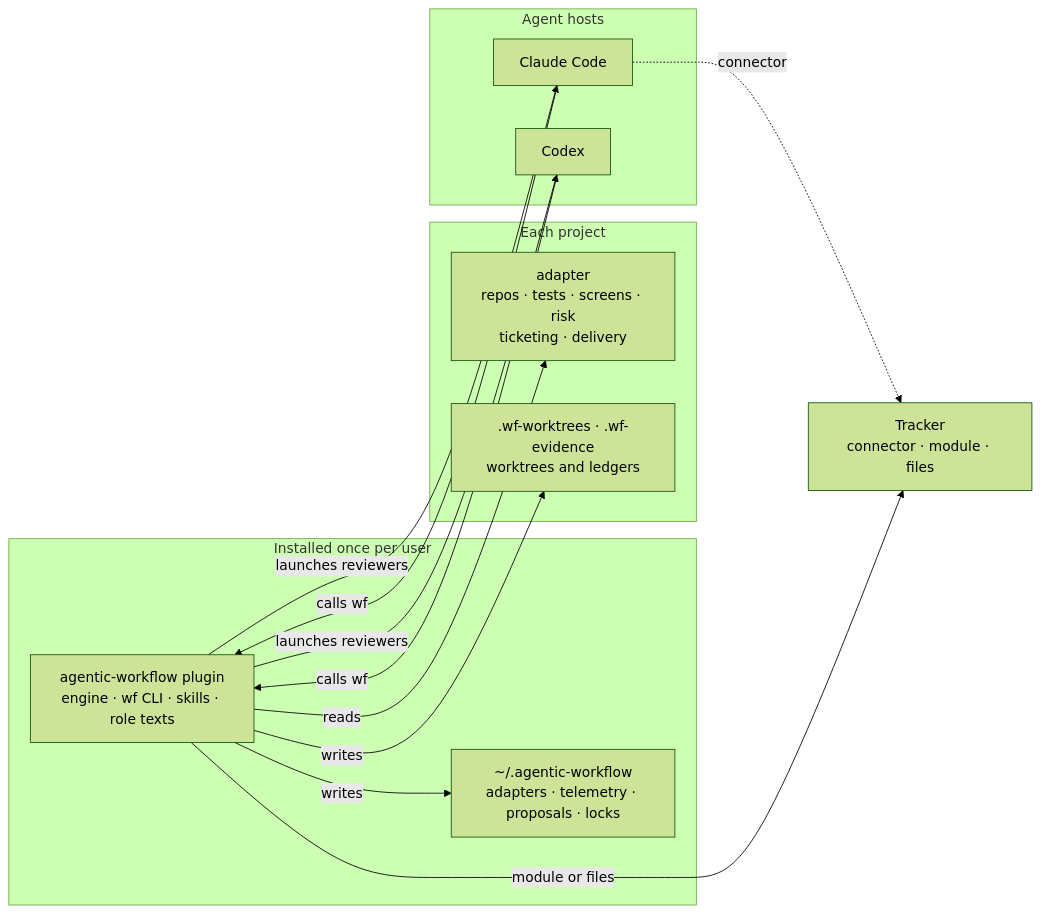
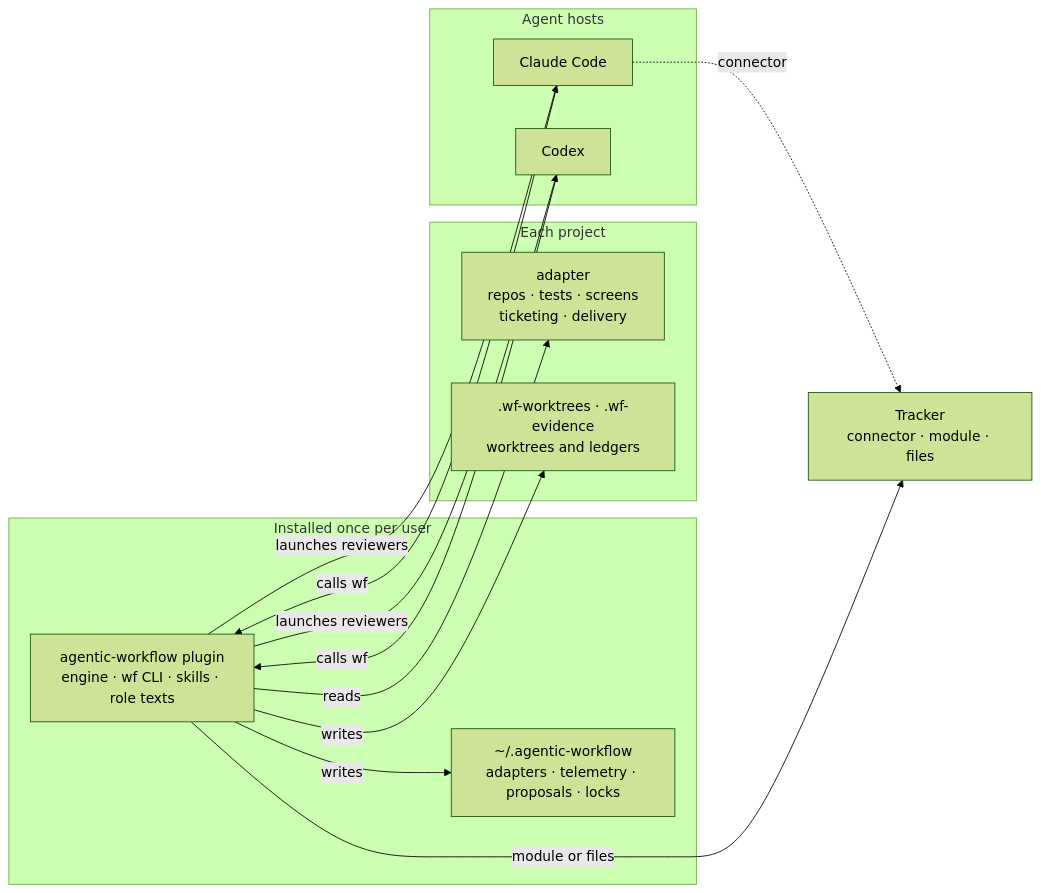
Before and after one commit to o-m-a-r-k/agentic-workflow: the diagram in docs/concepts.md, drawn with Mermaid (forest theme). The commit also changed 58 other files, not shown here.

First line of the commit message:
0.8.1: reviewers judge each change's risk; screens are optional

````diff
--- a/docs/concepts.md
+++ b/docs/concepts.md
@@ -17,25 +17,25 @@
 ```mermaid
 flowchart LR
   subgraph User["Installed once per user"]
     P["agentic-workflow plugin<br/>engine · wf CLI · skills · role texts"]
     U["~/.agentic-workflow<br/>adapters · telemetry · proposals · locks"]
   end
   subgraph Project["Each project"]
-    A["adapter<br/>repos · tests · screens · risk<br/>ticketing · delivery"]
+    A["adapter<br/>repos · tests · screens<br/>ticketing · delivery"]
     W[".wf-worktrees · .wf-evidence<br/>worktrees and ledgers"]
   end
   subgraph Runtimes["Agent hosts"]
     C["Claude Code"]
     X["Codex"]
   end
   T["Tracker<br/>connector · module · files"]
   P -- reads --> A
   P -- writes --> W
   P -- writes --> U
   C -- calls wf --> P
   X -- calls wf --> P
   P -- launches reviewers --> C
   P -- launches reviewers --> X
   C -. connector .-> T
   P -- module or files --> T
 ```
````
